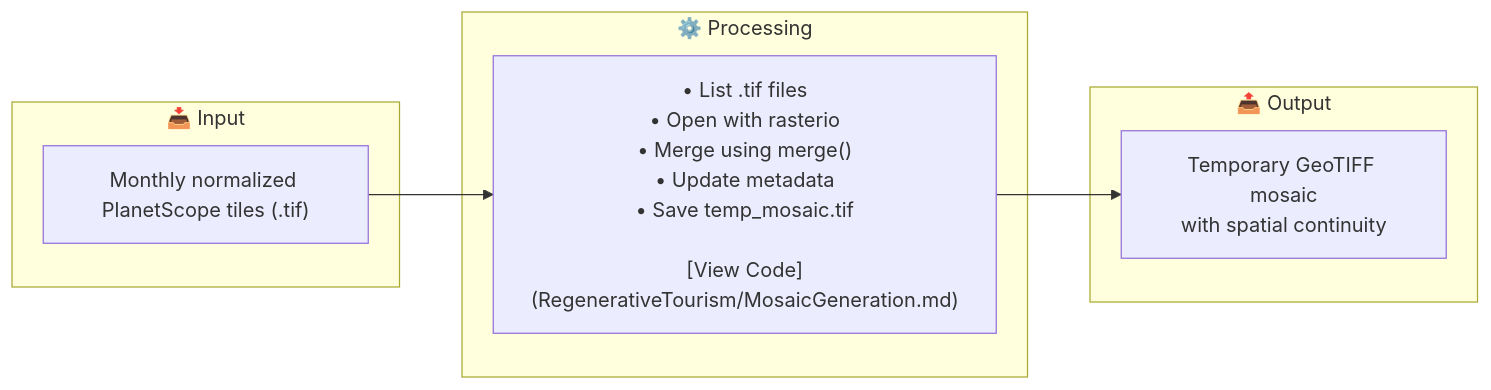
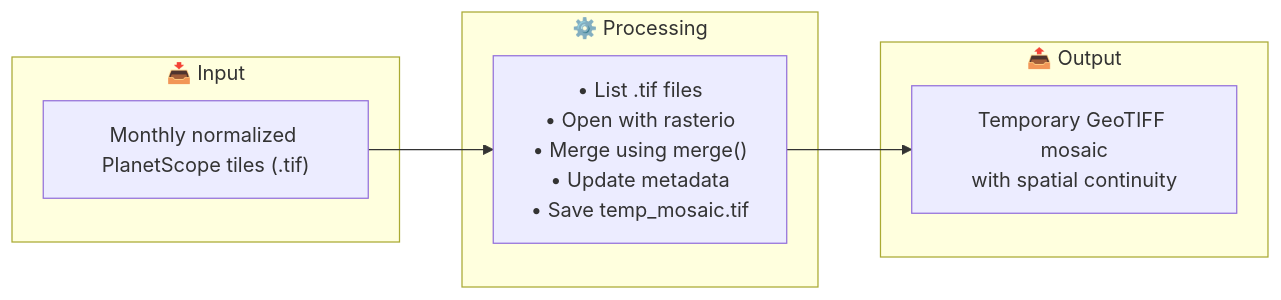
One commit to WennOlarteE/portfolio changed the diagram in RegenerativeTourism/README.md. Above: the diagram before and after it, drawn with Mermaid. The commit also changed other lines of this file, not shown here.

````diff
--- a/RegenerativeTourism/README.md
+++ b/RegenerativeTourism/README.md
@@ -47,17 +47,17 @@
 ```mermaid
 
 flowchart LR
     subgraph A[📥 Input]
         A1["Monthly normalized PlanetScope tiles (.tif)"]
     end
 
     subgraph B[⚙️ Processing]
-        B1["• List .tif files<br>• Open with rasterio<br>• Merge using merge()<br>• Update metadata<br>• Save temp_mosaic.tif<br><br>[View Code](RegenerativeTourism/MosaicGeneration.md)"]
+        B1["• List .tif files<br>• Open with rasterio<br>• Merge using merge()<br>• Update metadata<br>• Save temp_mosaic.tif<br>"]
     end
 
     subgraph C[📤 Output]
         C1["Temporary GeoTIFF mosaic<br>with spatial continuity"]
     end
 
     A1 --> B1 --> C1
 ```
````
